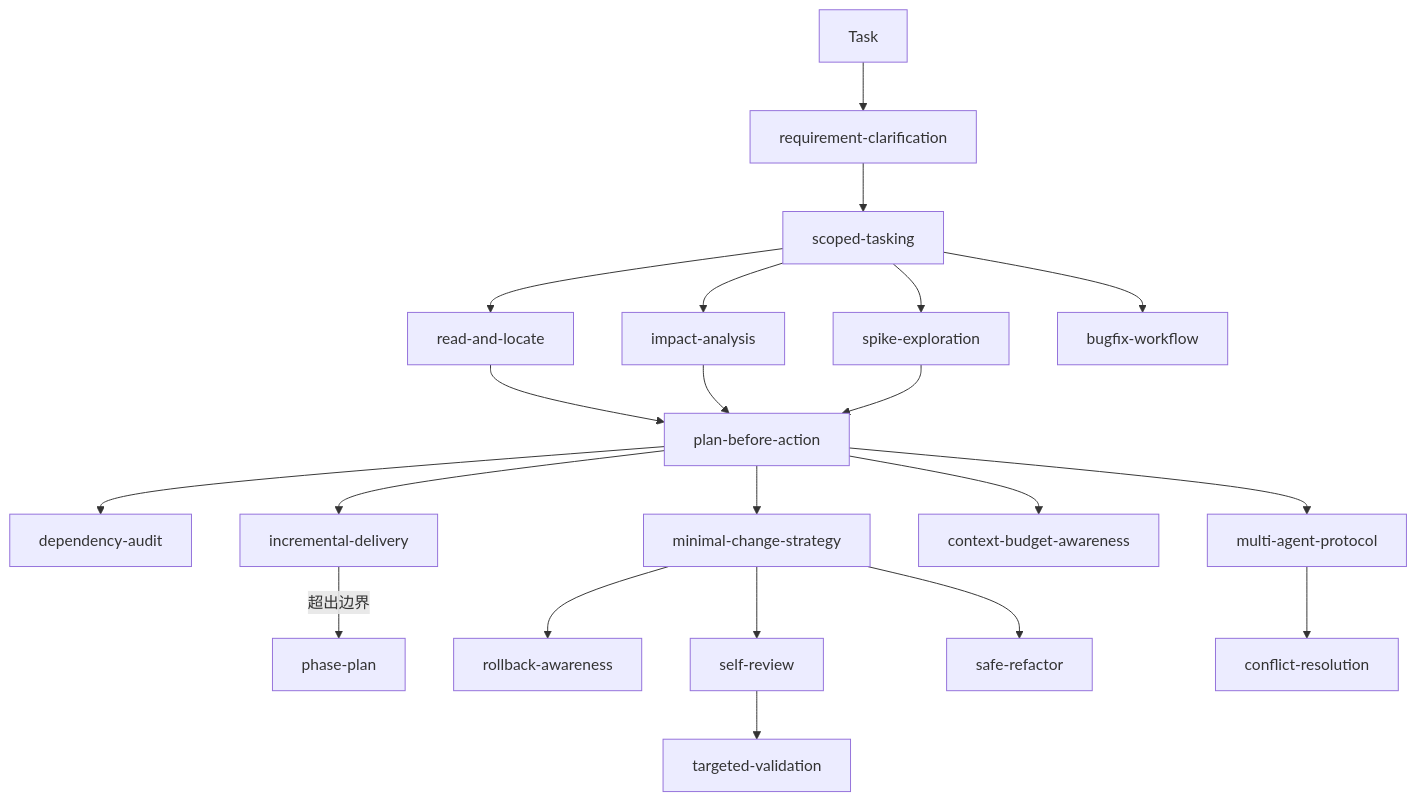
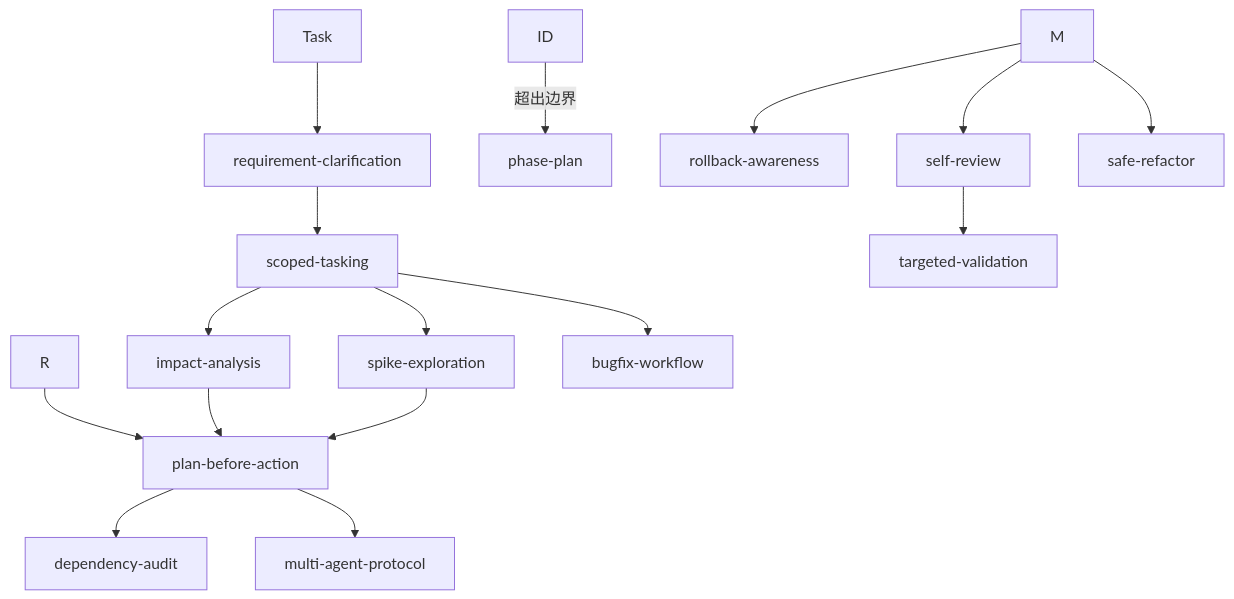
Before and after one commit to nickdu2009/agent-skills: the second of 2 diagrams in docs/maintainer/pre-phase-skill-gap-analysis.md, drawn with Mermaid. The commit also changed other lines of this file and 70 other files, not shown here.

````diff
--- a/docs/maintainer/pre-phase-skill-gap-analysis.md
+++ b/docs/maintainer/pre-phase-skill-gap-analysis.md
@@ -250,23 +230,18 @@
 ```mermaid
 flowchart TD
     T[Task] --> RC[requirement-clarification]
     RC --> S[scoped-tasking]
-    S --> R[read-and-locate]
     S --> IA[impact-analysis]
     S --> SP[spike-exploration]
     R --> P[plan-before-action]
     IA --> P
     SP --> P
     P --> DA[dependency-audit]
-    P --> ID[incremental-delivery]
     ID -->|超出边界| PP[phase-plan]
-    P --> M[minimal-change-strategy]
     M --> RA[rollback-awareness]
     M --> SR[self-review]
     SR --> V[targeted-validation]
-    P --> C[context-budget-awareness]
     M --> F[safe-refactor]
     S --> B[bugfix-workflow]
     P --> O[multi-agent-protocol]
-    O --> X[conflict-resolution]
 ```
````
